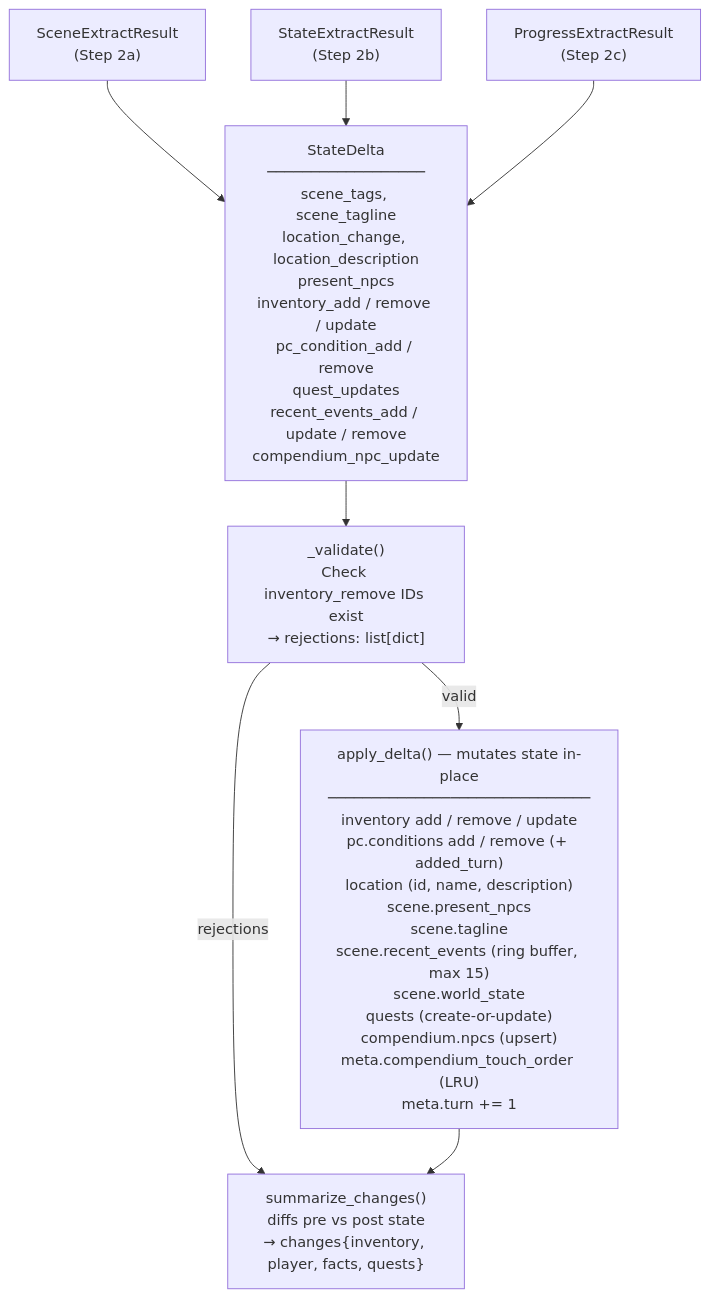
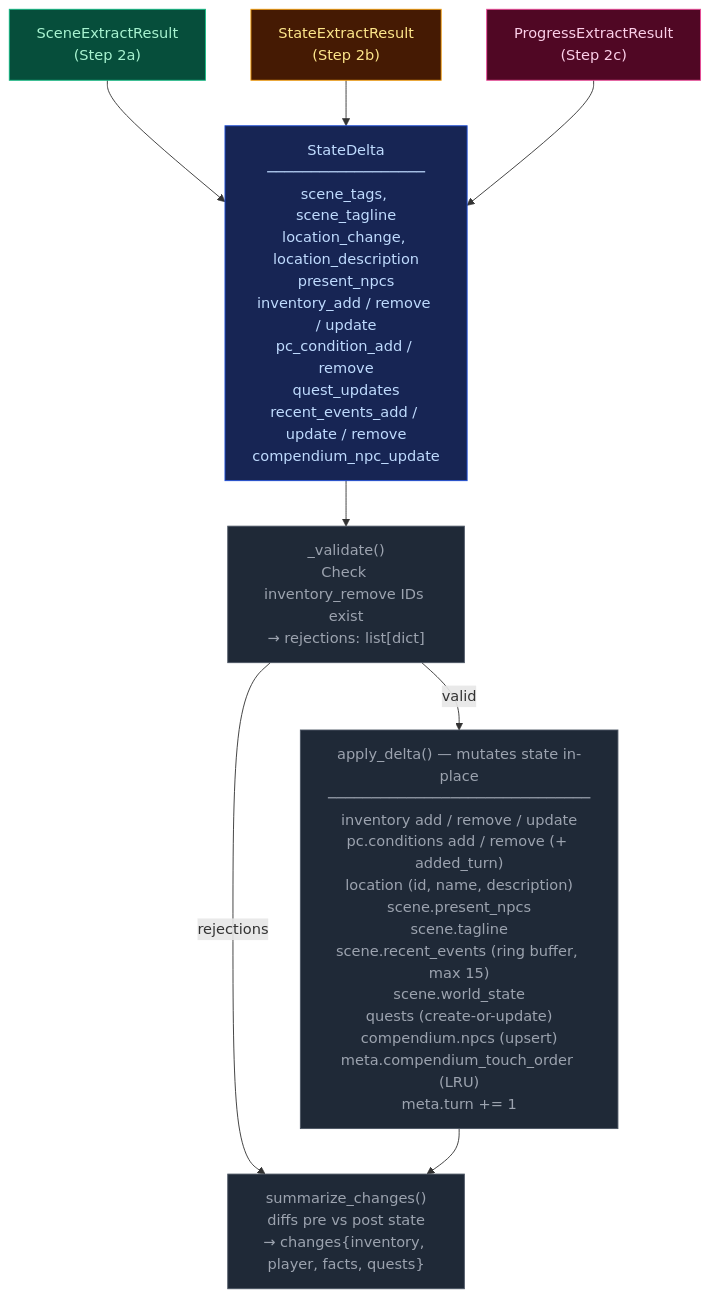
Before and after one commit to pww217/fablethread: the seventh of 11 diagrams in ARCHITECTURE.md, drawn with Mermaid. The commit also changed other lines of this file and 28 other files, not shown here.

````diff
--- a/ARCHITECTURE.md
+++ b/ARCHITECTURE.md
@@ -263,22 +300,28 @@
 ```mermaid
 flowchart TD
-    SR1["SceneExtractResult<br>(Step 2a)"]
-    SR2["StateExtractResult<br>(Step 2b)"]
-    SR3["ProgressExtractResult<br>(Step 2c)"]
+    classDef stageScene    fill:#064e3b,color:#a7f3d0,stroke:#10b981
+    classDef stageState    fill:#451a03,color:#fde68a,stroke:#f59e0b
+    classDef stageProgress fill:#500724,color:#fbcfe8,stroke:#ec4899
+    classDef pyNode        fill:#1f2937,color:#9ca3af,stroke:#4b5563
+    classDef mergeNode     fill:#172554,color:#bfdbfe,stroke:#1d4ed8
 
-    MERGE["StateDelta<br>──────────────────<br>scene_tags, scene_tagline<br>location_change, location_description<br>present_npcs<br>inventory_add / remove / update<br>pc_condition_add / remove<br>quest_updates<br>recent_events_add / update / remove<br>compendium_npc_update"]
+    SR1["SceneExtractResult<br>(Step 2a)"]:::stageScene
+    SR2["StateExtractResult<br>(Step 2b)"]:::stageState
+    SR3["ProgressExtractResult<br>(Step 2c)"]:::stageProgress
 
-    VALIDATE["_validate()<br>Check inventory_remove IDs exist<br>→ rejections: list[dict]"]
+    MERGE["StateDelta<br>──────────────────<br>scene_tags, scene_tagline<br>location_change, location_description<br>present_npcs<br>inventory_add / remove / update<br>pc_condition_add / remove<br>quest_updates<br>recent_events_add / update / remove<br>compendium_npc_update"]:::mergeNode
 
-    APPLY["apply_delta() — mutates state in-place<br>──────────────────────────────<br>inventory add / remove / update<br>pc.conditions add / remove (+ added_turn)<br>location (id, name, description)<br>scene.present_npcs<br>scene.tagline<br>scene.recent_events (ring buffer, max 15)<br>scene.world_state<br>quests (create-or-update)<br>compendium.npcs (upsert)<br>meta.compendium_touch_order (LRU)<br>meta.turn += 1"]
+    VALIDATE["_validate()<br>Check inventory_remove IDs exist<br>→ rejections: list[dict]"]:::pyNode
 
-    DIFF["summarize_changes()<br>diffs pre vs post state<br>→ changes{inventory, player, facts, quests}"]
+    APPLY["apply_delta() — mutates state in-place<br>──────────────────────────────<br>inventory add / remove / update<br>pc.conditions add / remove (+ added_turn)<br>location (id, name, description)<br>scene.present_npcs<br>scene.tagline<br>scene.recent_events (ring buffer, max 15)<br>scene.world_state<br>quests (create-or-update)<br>compendium.npcs (upsert)<br>meta.compendium_touch_order (LRU)<br>meta.turn += 1"]:::pyNode
+
+    DIFF["summarize_changes()<br>diffs pre vs post state<br>→ changes{inventory, player, facts, quests}"]:::pyNode
 
     SR1 --> MERGE
     SR2 --> MERGE
     SR3 --> MERGE
     MERGE --> VALIDATE
     VALIDATE -- "valid" --> APPLY
     VALIDATE -- "rejections" --> DIFF
     APPLY --> DIFF
 ```
````
